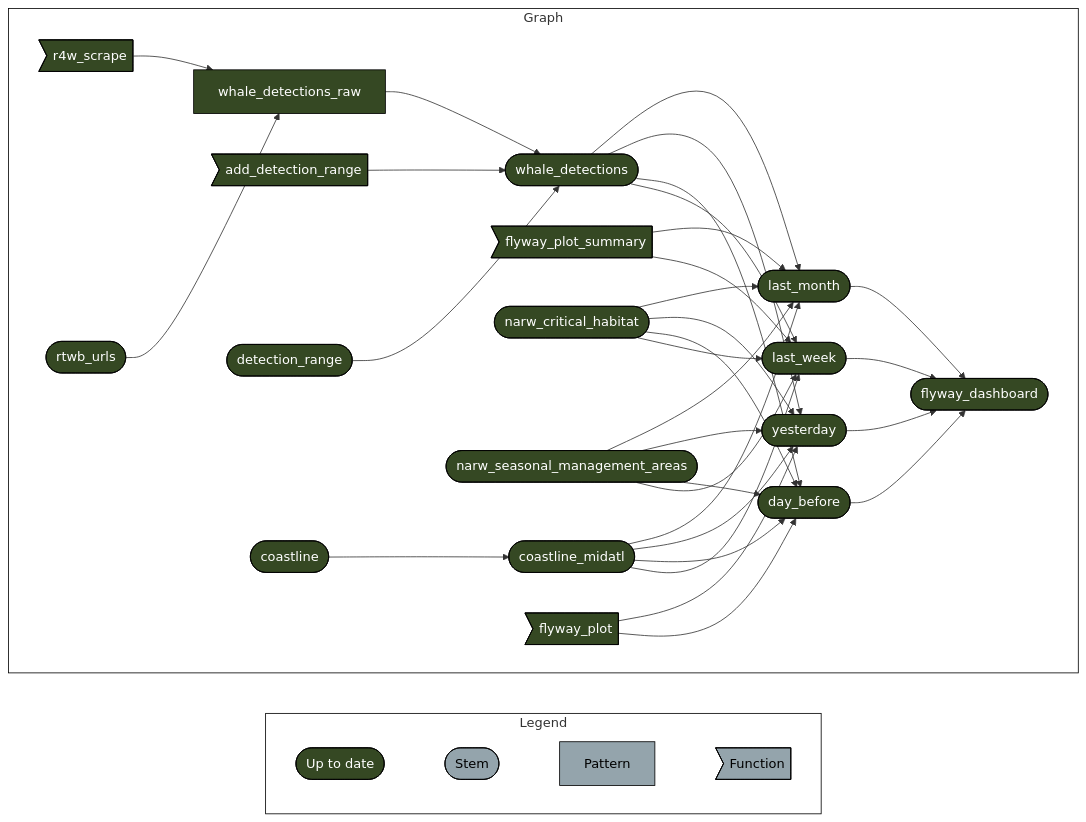
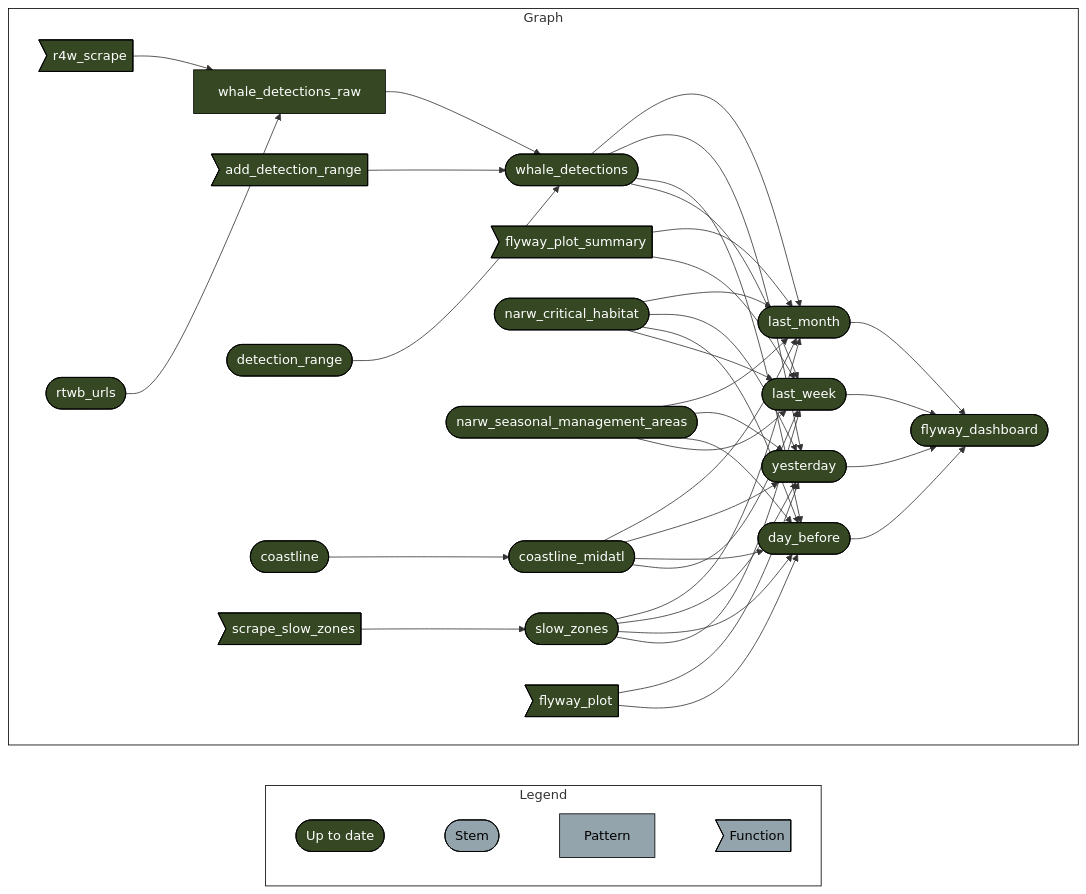
Before and after one commit to Tail-Winds/rtwb-flyway: the diagram in README.md, drawn with Mermaid. The commit also changed other lines of this file and 10 other files, not shown here.

````diff
--- a/README.md
+++ b/README.md
@@ -64,49 +65,54 @@
 ``` mermaid
 graph LR
   style Legend fill:#FFFFFF00,stroke:#000000;
   style Graph fill:#FFFFFF00,stroke:#000000;
   subgraph Legend
     direction LR
     x7420bd9270f8d27d([""Up to date""]):::uptodate --- xbf4603d6c2c2ad6b([""Stem""]):::none
     xbf4603d6c2c2ad6b([""Stem""]):::none --- x70a5fa6bea6f298d[""Pattern""]:::none
     x70a5fa6bea6f298d[""Pattern""]:::none --- xf0bce276fe2b9d3e>""Function""]:::none
   end
   subgraph Graph
     direction LR
     x9f056268bcaf484c(["coastline_midatl"]):::uptodate --> x5143ae3bdfbc5e1b(["last_month"]):::uptodate
     x006ddd8351612b3e>"flyway_plot_summary"]:::uptodate --> x5143ae3bdfbc5e1b(["last_month"]):::uptodate
     x32f78397cebde190(["narw_critical_habitat"]):::uptodate --> x5143ae3bdfbc5e1b(["last_month"]):::uptodate
     x17b3c6c5f2f97a8a(["narw_seasonal_management_areas"]):::uptodate --> x5143ae3bdfbc5e1b(["last_month"]):::uptodate
+    xe2cc1738a9b9cdfb(["slow_zones"]):::uptodate --> x5143ae3bdfbc5e1b(["last_month"]):::uptodate
     x5fc1f85cdae42a15(["whale_detections"]):::uptodate --> x5143ae3bdfbc5e1b(["last_month"]):::uptodate
     x9f056268bcaf484c(["coastline_midatl"]):::uptodate --> xfd50dd5ee08cb00e(["yesterday"]):::uptodate
     x29978318f74a1f1a>"flyway_plot"]:::uptodate --> xfd50dd5ee08cb00e(["yesterday"]):::uptodate
     x32f78397cebde190(["narw_critical_habitat"]):::uptodate --> xfd50dd5ee08cb00e(["yesterday"]):::uptodate
     x17b3c6c5f2f97a8a(["narw_seasonal_management_areas"]):::uptodate --> xfd50dd5ee08cb00e(["yesterday"]):::uptodate
+    xe2cc1738a9b9cdfb(["slow_zones"]):::uptodate --> xfd50dd5ee08cb00e(["yesterday"]):::uptodate
     x5fc1f85cdae42a15(["whale_detections"]):::uptodate --> xfd50dd5ee08cb00e(["yesterday"]):::uptodate
     x6f114575981f728f>"r4w_scrape"]:::uptodate --> xc1ace7b91afbb712["whale_detections_raw"]:::uptodate
     xbc96fea7a3a6c834(["rtwb_urls"]):::uptodate --> xc1ace7b91afbb712["whale_detections_raw"]:::uptodate
     x4ebdc012c833dea9>"add_detection_range"]:::uptodate --> x5fc1f85cdae42a15(["whale_detections"]):::uptodate
     x498842ceb8b647f9(["detection_range"]):::uptodate --> x5fc1f85cdae42a15(["whale_detections"]):::uptodate
     xc1ace7b91afbb712["whale_detections_raw"]:::uptodate --> x5fc1f85cdae42a15(["whale_detections"]):::uptodate
     xb9ffe861cb7124d8(["day_before"]):::uptodate --> x7b5b71e4271dec15(["flyway_dashboard"]):::uptodate
     x5143ae3bdfbc5e1b(["last_month"]):::uptodate --> x7b5b71e4271dec15(["flyway_dashboard"]):::uptodate
     xd4e3cb7cdf26cbd3(["last_week"]):::uptodate --> x7b5b71e4271dec15(["flyway_dashboard"]):::uptodate
     xfd50dd5ee08cb00e(["yesterday"]):::uptodate --> x7b5b71e4271dec15(["flyway_dashboard"]):::uptodate
     x51f7d0055c0e8771(["coastline"]):::uptodate --> x9f056268bcaf484c(["coastline_midatl"]):::uptodate
+    xf3cf2ececfcedcb0>"scrape_slow_zones"]:::uptodate --> xe2cc1738a9b9cdfb(["slow_zones"]):::uptodate
     x9f056268bcaf484c(["coastline_midatl"]):::uptodate --> xb9ffe861cb7124d8(["day_before"]):::uptodate
     x29978318f74a1f1a>"flyway_plot"]:::uptodate --> xb9ffe861cb7124d8(["day_before"]):::uptodate
     x32f78397cebde190(["narw_critical_habitat"]):::uptodate --> xb9ffe861cb7124d8(["day_before"]):::uptodate
     x17b3c6c5f2f97a8a(["narw_seasonal_management_areas"]):::uptodate --> xb9ffe861cb7124d8(["day_before"]):::uptodate
+    xe2cc1738a9b9cdfb(["slow_zones"]):::uptodate --> xb9ffe861cb7124d8(["day_before"]):::uptodate
     x5fc1f85cdae42a15(["whale_detections"]):::uptodate --> xb9ffe861cb7124d8(["day_before"]):::uptodate
     x9f056268bcaf484c(["coastline_midatl"]):::uptodate --> xd4e3cb7cdf26cbd3(["last_week"]):::uptodate
     x006ddd8351612b3e>"flyway_plot_summary"]:::uptodate --> xd4e3cb7cdf26cbd3(["last_week"]):::uptodate
     x32f78397cebde190(["narw_critical_habitat"]):::uptodate --> xd4e3cb7cdf26cbd3(["last_week"]):::uptodate
     x17b3c6c5f2f97a8a(["narw_seasonal_management_areas"]):::uptodate --> xd4e3cb7cdf26cbd3(["last_week"]):::uptodate
+    xe2cc1738a9b9cdfb(["slow_zones"]):::uptodate --> xd4e3cb7cdf26cbd3(["last_week"]):::uptodate
     x5fc1f85cdae42a15(["whale_detections"]):::uptodate --> xd4e3cb7cdf26cbd3(["last_week"]):::uptodate
   end
   classDef uptodate stroke:#000000,color:#ffffff,fill:#354823;
   classDef none stroke:#000000,color:#000000,fill:#94a4ac;
   linkStyle 0 stroke-width:0px;
   linkStyle 1 stroke-width:0px;
   linkStyle 2 stroke-width:0px;
 ```
````
